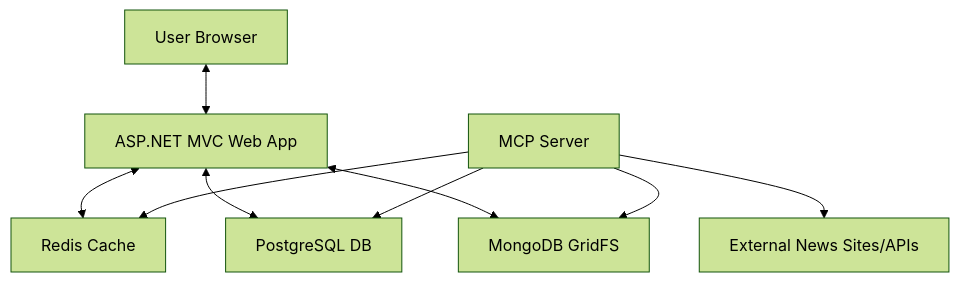
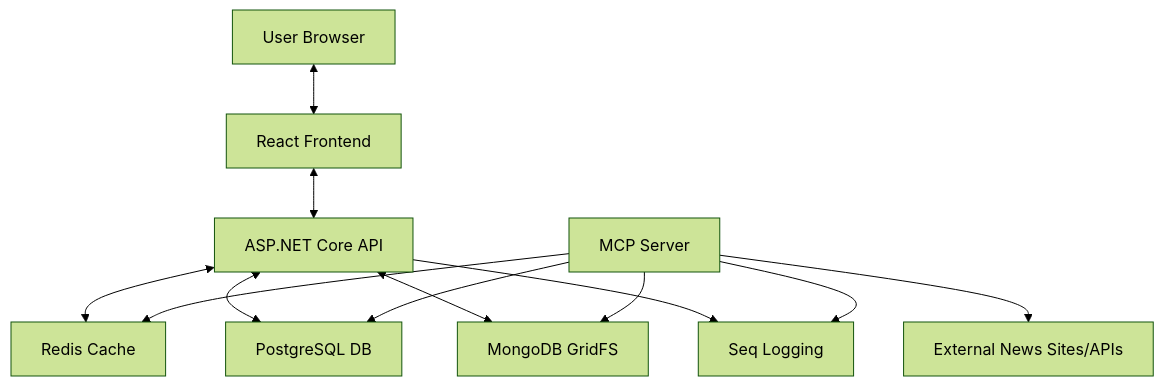
Before and after one commit to xahabcse/NewsPortal: the diagram in README.md, drawn with Mermaid (forest theme). The commit also changed other lines of this file and 5 other files, not shown here.

First line of the commit message:
docs: update configuration files to reflect current architecture

````diff
--- a/README.md
+++ b/README.md
@@ -35,12 +37,16 @@
 ```mermaid
 graph TD
-    User[User Browser] <--> WebApp[ASP.NET MVC Web App]
-    WebApp <--> Cache[Redis Cache]
-    WebApp <--> SQL[PostgreSQL DB]
-    WebApp <--> Mongo[MongoDB GridFS]
-    
+    User[User Browser] <--> React[React Frontend]
+    React <--> API[ASP.NET Core API]
+    API <--> Cache[Redis Cache]
+    API <--> SQL[PostgreSQL DB]
+    API <--> Mongo[MongoDB GridFS]
+
     MCP[MCP Server] --> External[External News Sites/APIs]
     MCP --> SQL
     MCP --> Mongo
     MCP --> Cache
+
+    API --> Seq[Seq Logging]
+    MCP --> Seq
 ```
````
